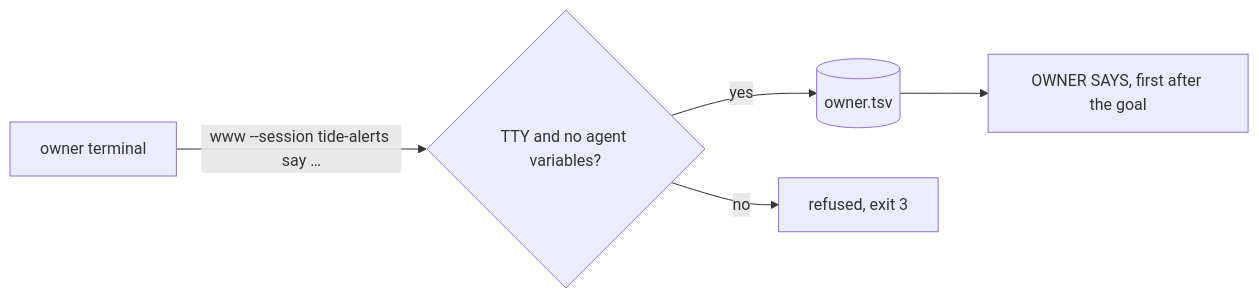
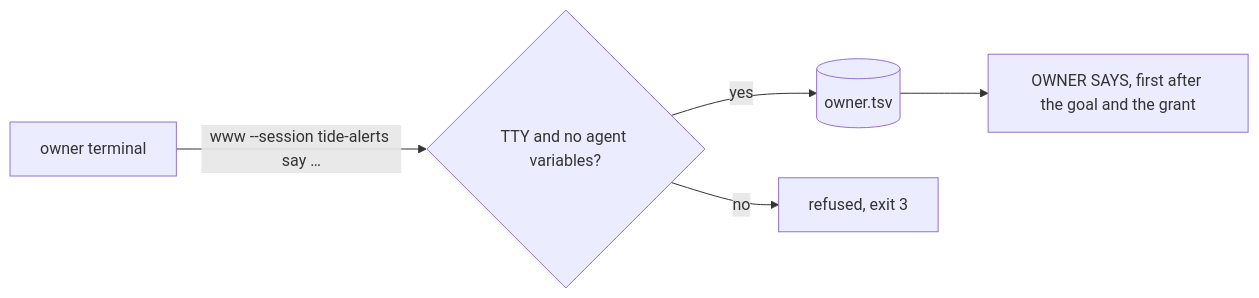
The diagram in docs/design/wherewerewe/owner-notes.md (zgeoff/wherewerewe), drawn with Mermaid before and after one commit. The commit also changed other lines of this file and 8 other files, not shown here.

````diff
--- a/docs/design/wherewerewe/owner-notes.md
+++ b/docs/design/wherewerewe/owner-notes.md
@@ -10,7 +10,7 @@
 ```mermaid
 flowchart LR
   owner[owner terminal] -->|"www --session tide-alerts say …"| gate{TTY and no agent variables?}
   gate -->|yes| file[(owner.tsv)]
   gate -->|no| refuse[refused, exit 3]
-  file --> brief[OWNER SAYS, first after the goal]
+  file --> brief[OWNER SAYS, first after the goal and the grant]
 ```
````
